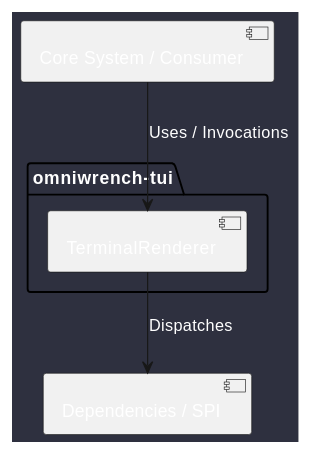
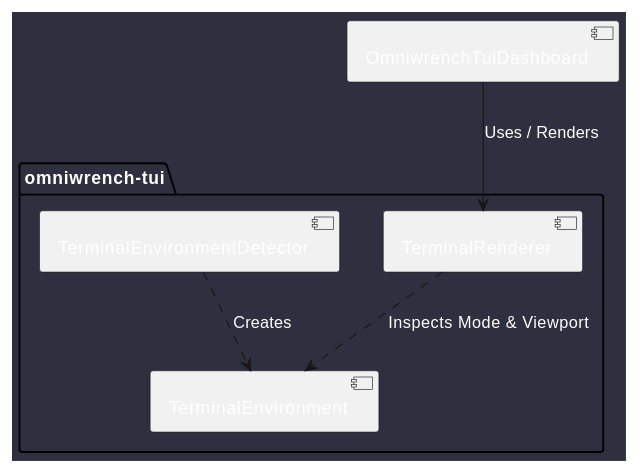
One commit to mlecabellec/omniwrench changed the diagram in doc/docs/architecture/components/TerminalRenderer.md. Above: the diagram before and after it, drawn with PlantUML. The commit also changed other lines of this file and 35 other files, not shown here.

````diff
--- a/doc/docs/architecture/components/TerminalRenderer.md
+++ b/doc/docs/architecture/components/TerminalRenderer.md
@@ -19,14 +19,17 @@
 ```plantuml
 @startuml
 skinparam backgroundColor #2e303f
 skinparam defaultFontColor #ffffff
 skinparam componentStyle uml2
 
 package "omniwrench-tui" {
   [TerminalRenderer] as COMP
+  [TerminalEnvironment] as ENV
+  [TerminalEnvironmentDetector] as DETECT
 }
 
-[Core System / Consumer] --> COMP : Uses / Invocations
-COMP --> [Dependencies / SPI] : Dispatches
+DETECT ..> ENV : Creates
+COMP ..> ENV : Inspects Mode & Viewport
+[OmniwrenchTuiDashboard] --> COMP : Uses / Renders
 @enduml
 ```
````
